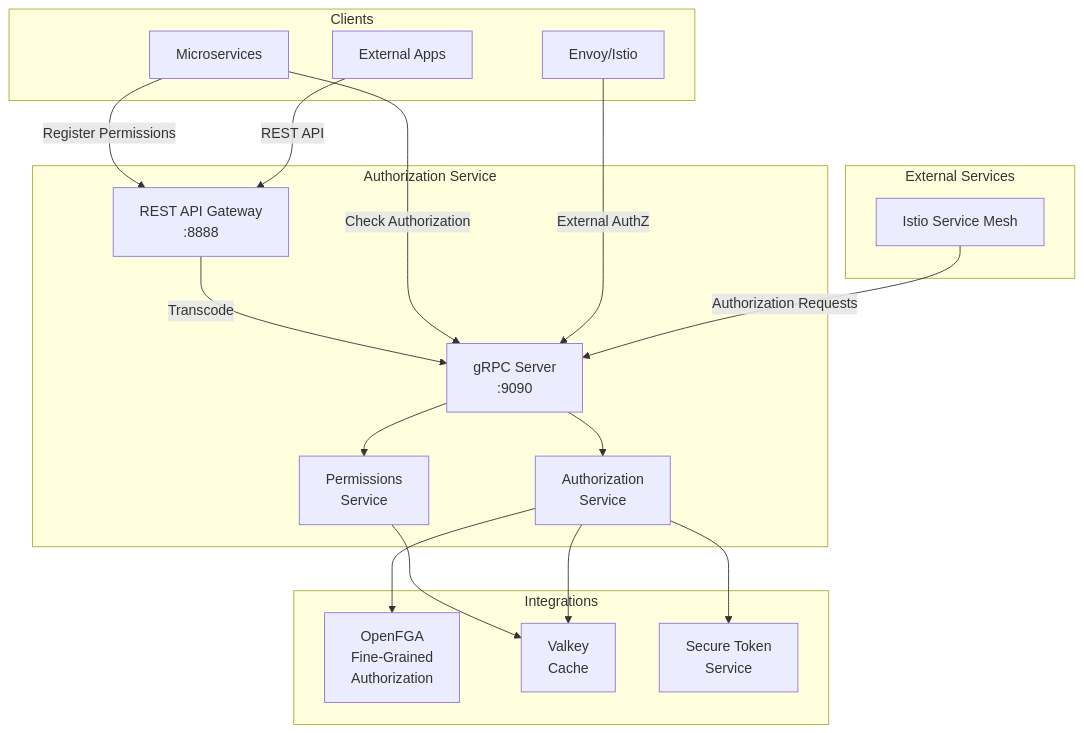
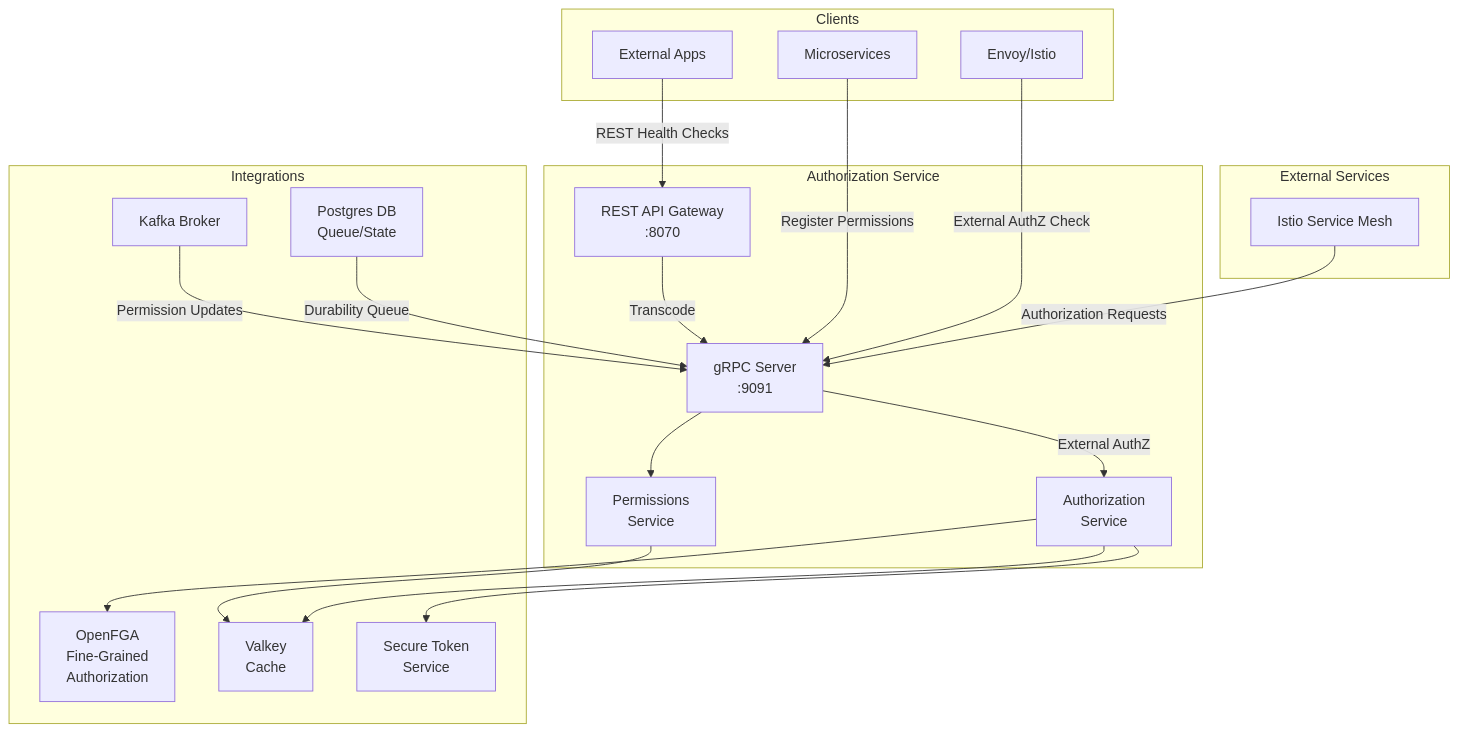
Before and after one commit to canonical/authorization-service: the diagram in README.md, drawn with Mermaid. The commit also changed other lines of this file and 1 other file, not shown here.

````diff
--- a/README.md
+++ b/README.md
@@ -19,34 +22,37 @@
 ```mermaid
 graph TB
     subgraph clients["Clients"]
         A["Microservices"]
         B["Envoy/Istio"]
         C["External Apps"]
     end
     subgraph authz["Authorization Service"]
-        REST["REST API Gateway<br/>:8888"]
-        GRPC["gRPC Server<br/>:9090"]
+        REST["REST API Gateway<br/>:8070"]
+        GRPC["gRPC Server<br/>:9091"]
         PERMS["Permissions<br/>Service"]
         AUTHZ["Authorization<br/>Service"]
         REST -->|Transcode| GRPC
         GRPC --> PERMS
-        GRPC --> AUTHZ
+        GRPC -->|External AuthZ| AUTHZ
     end
     subgraph integrations["Integrations"]
         FGA["OpenFGA<br/>Fine-Grained<br/>Authorization"]
         VALKEY["Valkey<br/>Cache"]
         STS["Secure Token<br/>Service"]
+        POSTGRES["Postgres DB<br/>Queue/State"]
+        KAFKA["Kafka Broker"]
     end
     subgraph external["External Services"]
         ISTIO["Istio Service Mesh"]
     end
-    A -->|Register Permissions| REST
-    A -->|Check Authorization| GRPC
-    B -->|External AuthZ| GRPC
-    C -->|REST API| REST
+    A -->|Register Permissions| GRPC
+    B -->|External AuthZ Check| GRPC
+    C -->|REST Health Checks| REST
     PERMS --> VALKEY
     AUTHZ --> FGA
     AUTHZ --> VALKEY
     AUTHZ --> STS
     ISTIO -->|Authorization Requests| GRPC
+    KAFKA -->|Permission Updates| GRPC
+    POSTGRES -->|Durability Queue| GRPC
 ```
````
